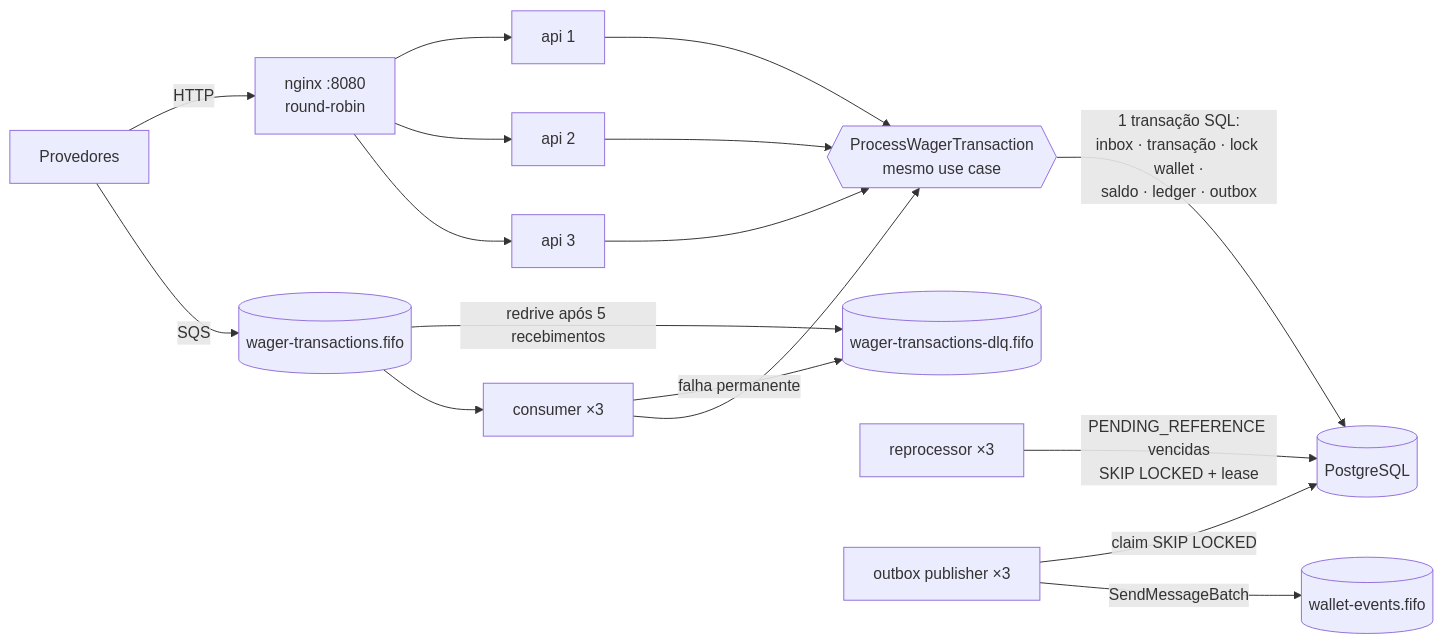
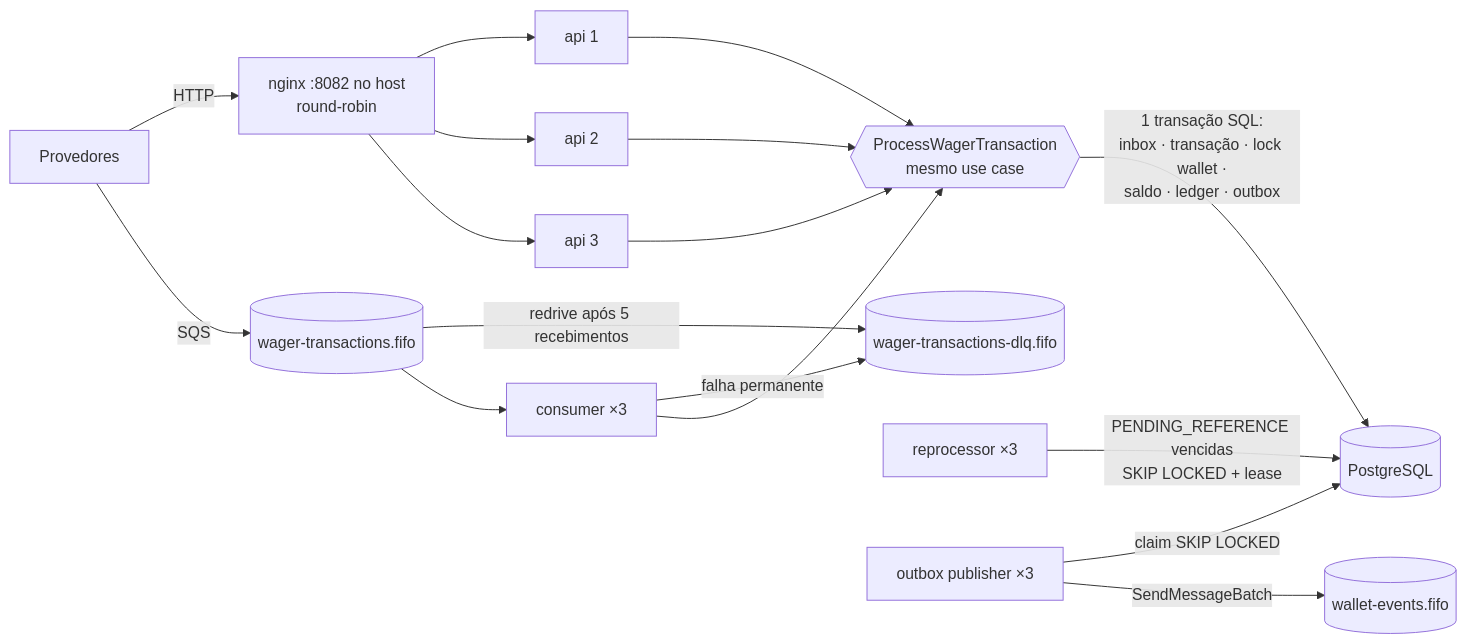
Before and after one commit to Welpato/backend-challenge: the diagram in ARCHITECTURE.md, drawn with Mermaid. The commit also changed other lines of this file and 27 other files, not shown here.

````diff
--- a/ARCHITECTURE.md
+++ b/ARCHITECTURE.md
@@ -26,16 +26,16 @@
 ```mermaid
 flowchart LR
-  P[Provedores] -- HTTP --> N[nginx :8080<br/>round-robin]
+  P[Provedores] -- HTTP --> N[nginx :8082 no host<br/>round-robin]
   N --> A1[api 1]
   N --> A2[api 2]
   N --> A3[api 3]
   P -- SQS --> Q[(wager-transactions.fifo)]
   Q -- redrive após 5 recebimentos --> DLQ[(wager-transactions-dlq.fifo)]
   Q --> C[consumer ×3]
   C -- falha permanente --> DLQ
   A1 & A2 & A3 & C --> UC{{ProcessWagerTransaction<br/>mesmo use case}}
   UC -- "1 transação SQL:<br/>inbox · transação · lock wallet ·<br/>saldo · ledger · outbox" --> PG[(PostgreSQL)]
   R[reprocessor ×3] -- PENDING_REFERENCE vencidas<br/>SKIP LOCKED + lease --> PG
   O[outbox publisher ×3] -- claim SKIP LOCKED --> PG
   O -- SendMessageBatch --> E[(wallet-events.fifo)]
 ```
````
